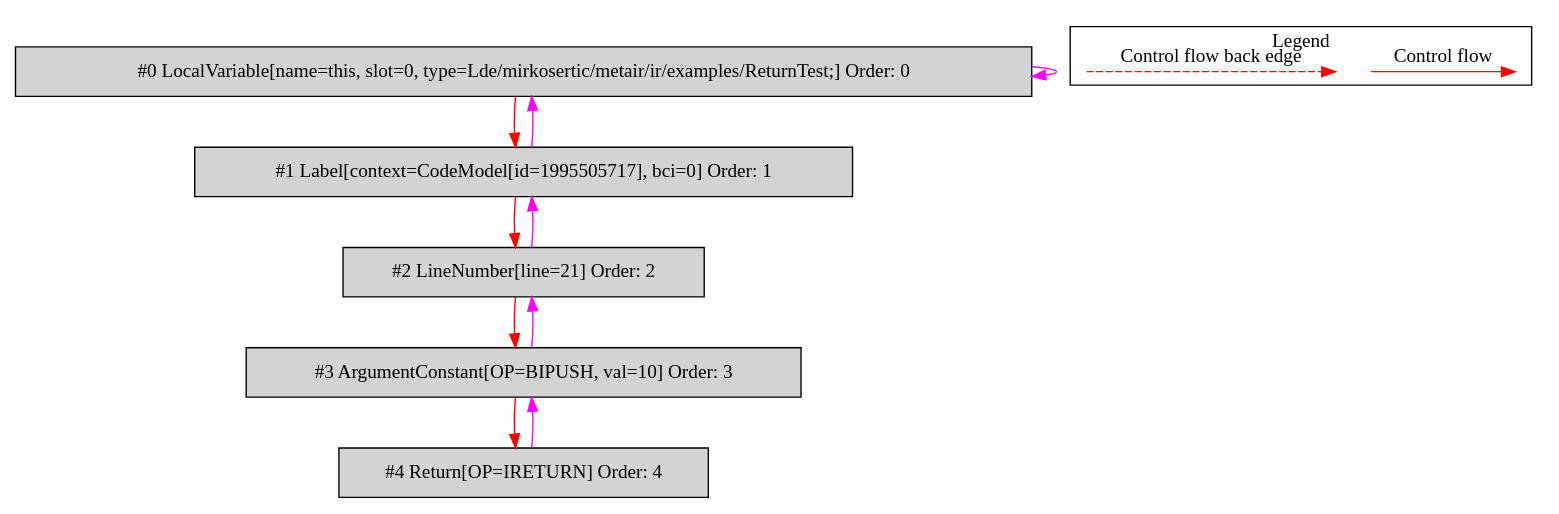
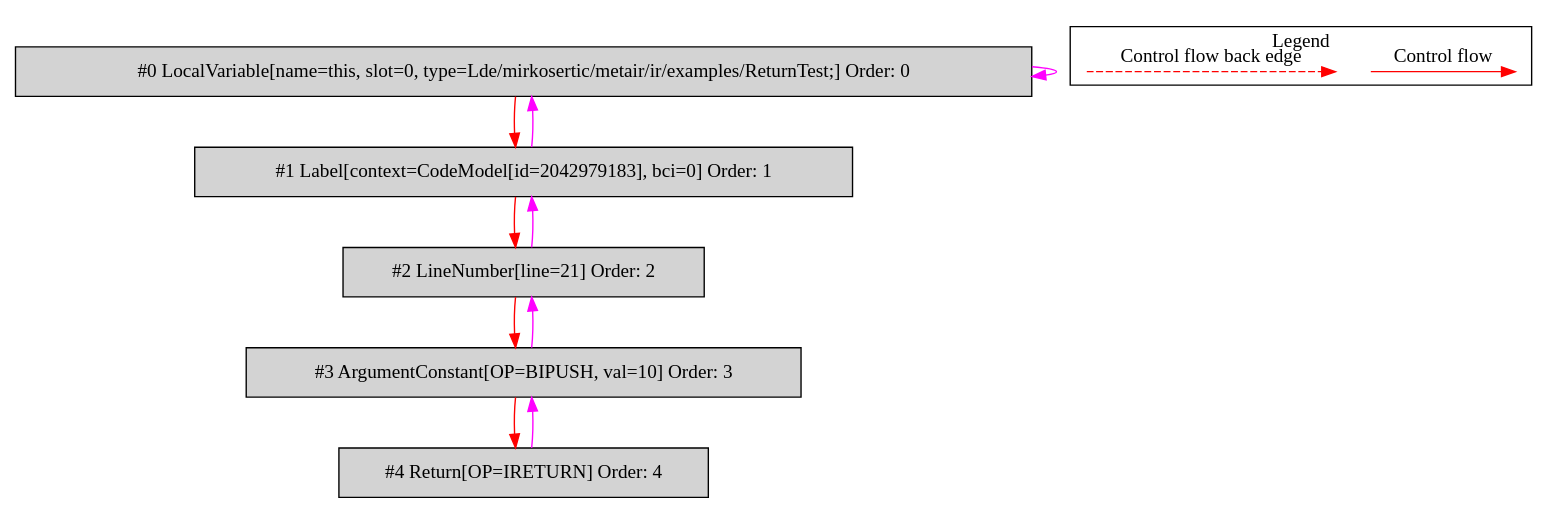
One commit to mirkosertic/MetaIR changed the diagram in de.mirkosertic.metair.ir.examples.ReturnTest/returnShort/bytecodecfg.dot. Above: the diagram before and after it, drawn with Graphviz. The commit also changed 465 other files, not shown here.

```diff
--- a/de.mirkosertic.metair.ir.examples.ReturnTest/returnShort/bytecodecfg.dot
+++ b/de.mirkosertic.metair.ir.examples.ReturnTest/returnShort/bytecodecfg.dot
@@ -1,31 +1,31 @@
 digraph {
  ordering="in";
  node0[label="#0 LocalVariable[name=this, slot=0, type=Lde/mirkosertic/metair/ir/examples/ReturnTest;] Order: 0", shape=box, fillcolor=lightgrey, style=filled];
- node1[label="#1 Label[context=CodeModel[id=1995505717], bci=0] Order: 1", shape=box, fillcolor=lightgrey, style=filled];
+ node1[label="#1 Label[context=CodeModel[id=2042979183], bci=0] Order: 1", shape=box, fillcolor=lightgrey, style=filled];
  node2[label="#2 LineNumber[line=21] Order: 2", shape=box, fillcolor=lightgrey, style=filled];
  node3[label="#3 ArgumentConstant[OP=BIPUSH, val=10] Order: 3", shape=box, fillcolor=lightgrey, style=filled];
  node4[label="#4 Return[OP=IRETURN] Order: 4", shape=box, fillcolor=lightgrey, style=filled];
  node0 -> node0[color=fuchsia];
  node0 -> node1[color=red];
  node1 -> node0[color=fuchsia];
  node1 -> node2[color=red];
  node2 -> node1[color=fuchsia];
  node2 -> node3[color=red];
  node3 -> node2[color=fuchsia];
  node3 -> node4[color=red];
  node4 -> node3[color=fuchsia];
  subgraph cluster_000 {
   label = "Legend";
   node [shape=point]
   {
    rank=same;
    c0 [style = invis];
    c1 [style = invis];
    c2 [style = invis];
    c3 [style = invis];
   }
   c0 -> c1 [label="Control flow", style=solid, color=red]
   c2 -> c3 [label="Control flow back edge", style=dashed, color=red]
  }
 
 }
```
